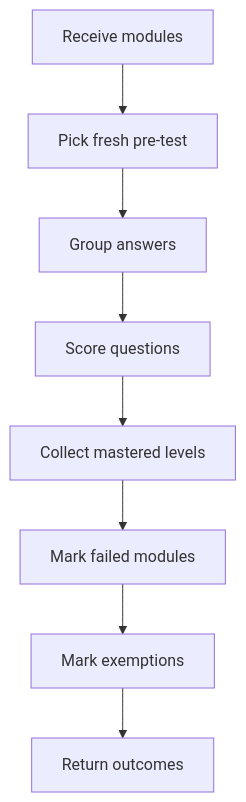
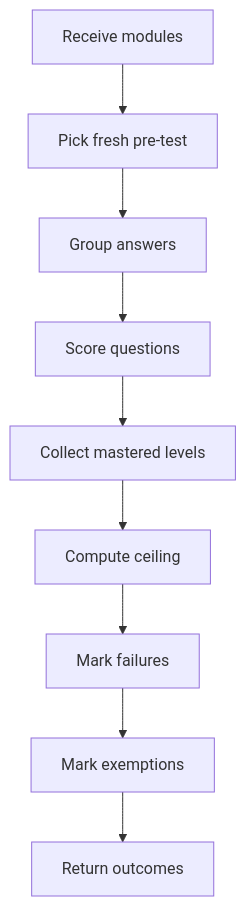
The diagram in docs/Codebase/Frontend/src/logic/pretestModuleOutcomes.ts.md (JohnAndrewBalbarosa/NeoTerritory), drawn with Mermaid before and after one commit. The commit also changed other lines of this file and 19 other files, not shown here.

Commit message:
Fix Bloom mastery assessment flow

````diff
--- a/docs/Codebase/Frontend/src/logic/pretestModuleOutcomes.ts.md
+++ b/docs/Codebase/Frontend/src/logic/pretestModuleOutcomes.ts.md
@@ -9,12 +9,13 @@
 ```mermaid
 flowchart TD
     Start["Receive modules"]
     N0["Pick fresh pre-test"]
     N1["Group answers"]
     N2["Score questions"]
     N3["Collect mastered levels"]
-    N4["Mark failed modules"]
-    N5["Mark exemptions"]
+    N4["Compute ceiling"]
+    N5["Mark failures"]
+    N6["Mark exemptions"]
     End["Return outcomes"]
-    Start --> N0 --> N1 --> N2 --> N3 --> N4 --> N5 --> End
+    Start --> N0 --> N1 --> N2 --> N3 --> N4 --> N5 --> N6 --> End
 ```
````
